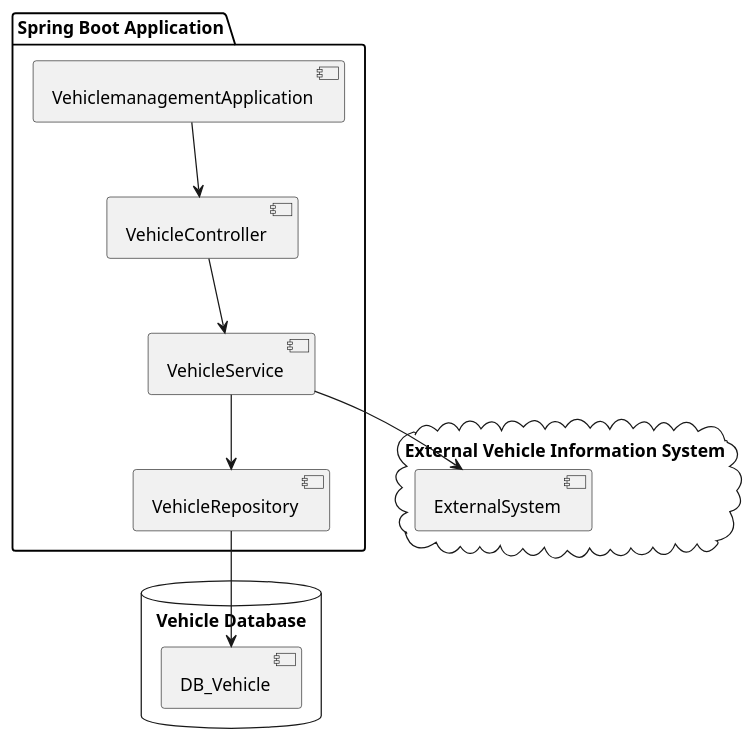
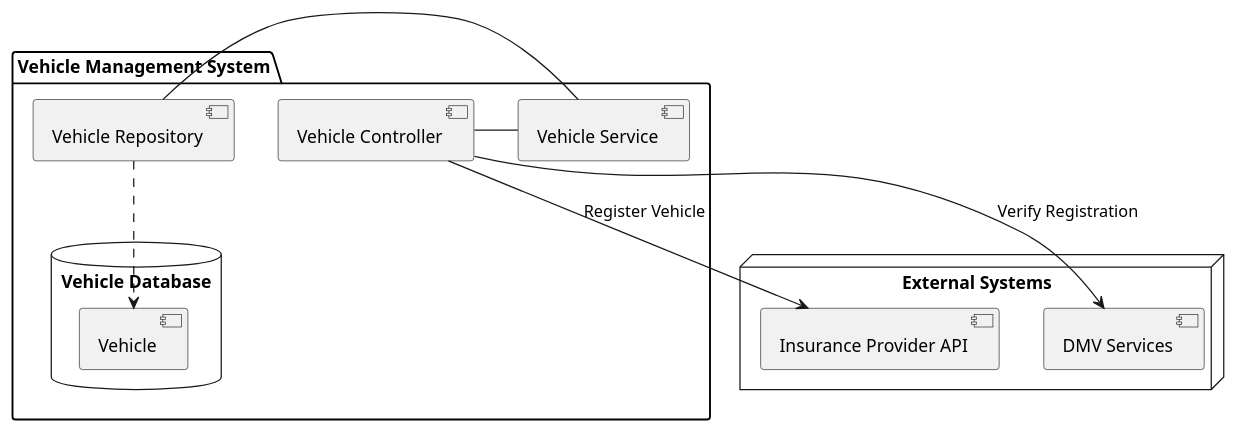
Before and after one commit to Dinesh-s95/AutoDoc.ai: the first of 4 diagrams in vehiclemanagement/documentation/architecturedesign.adoc, drawn with PlantUML. The commit also changed other lines of this file and 19 other files, not shown here.

```diff
--- a/vehiclemanagement/documentation/architecturedesign.adoc
+++ b/vehiclemanagement/documentation/architecturedesign.adoc
@@ -9,29 +19,23 @@
-[plantuml, diagram-architecture, png]
-----
+[plantuml, "high_level_architecture", png]
+....
 @startuml
+skinparam componentStyle uml2
 
-package "Spring Boot Application" {
-  [VehiclemanagementApplication] as Application
-  [VehicleController] as Controller
-  [VehicleService] as Service
-  [VehicleRepository] as Repository
-
-  Application --> Controller
-  Controller --> Service
-  Service --> Repository
+package "Vehicle Management System" {
+    [Vehicle Controller] - [Vehicle Service]
+    [Vehicle Service] - [Vehicle Repository]
+    database "Vehicle Database" {
+        [Vehicle Repository] ..> [Vehicle]
+    }
 }
 
-database "Vehicle Database" {
-  [DB_Vehicle]
+node "External Systems" {
+    [DMV Services]
+    [Insurance Provider API]
 }
 
-Repository --> DB_Vehicle
-
-cloud "External Vehicle Information System" {
-  [ExternalSystem]
-}
-
-Service --> ExternalSystem
+[Vehicle Controller] --> [DMV Services] : Verify Registration
+[Vehicle Controller] --> [Insurance Provider API] : Register Vehicle
 
 @enduml
-----
+....
```
